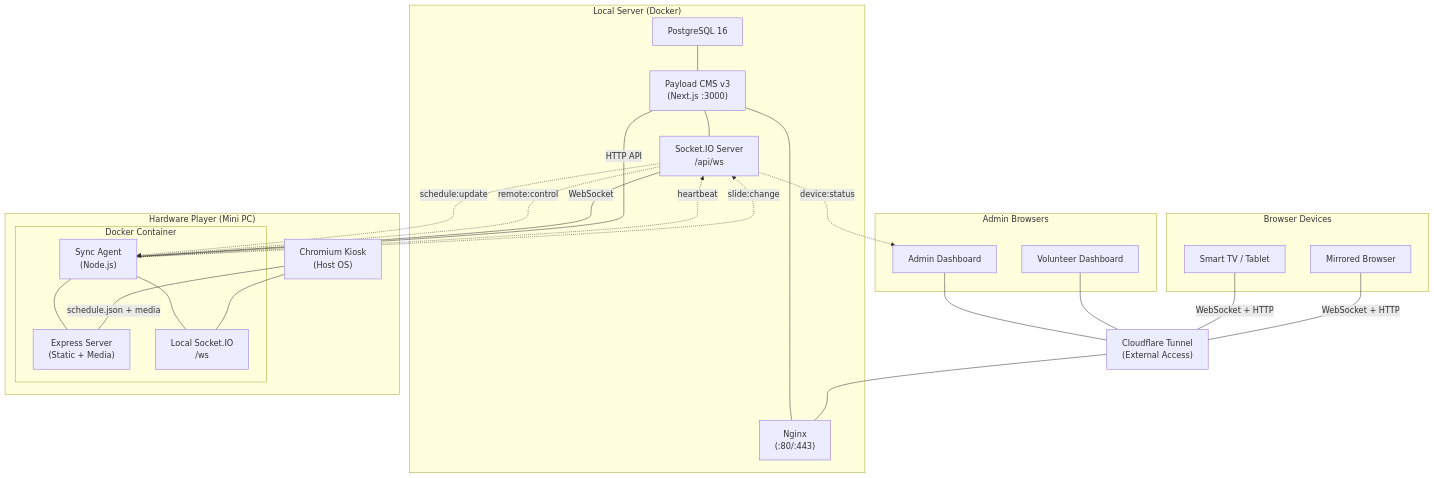
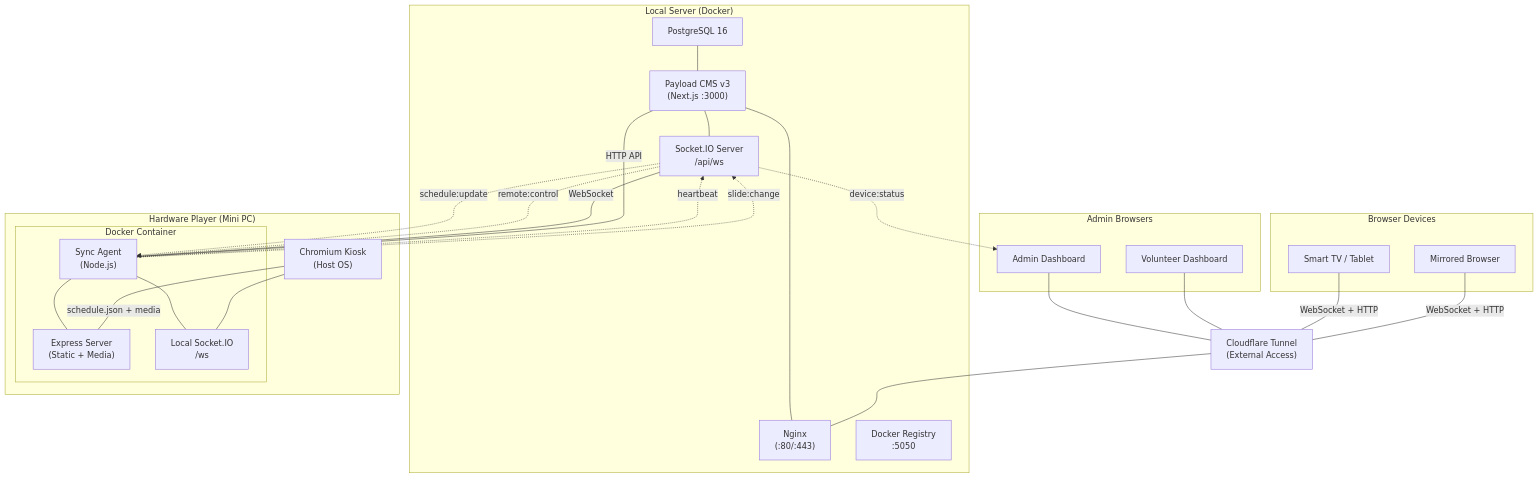
One commit to wrodie/peydx changed the first of 9 diagrams in ARCHITECTURE.md. Above: the diagram before and after it, drawn with Mermaid. The commit also changed other lines of this file and 18 other files, not shown here.

````diff
--- a/ARCHITECTURE.md
+++ b/ARCHITECTURE.md
@@ -7,50 +7,51 @@
 ```mermaid
 graph TB
-    subgraph LocalServer["Local Server (Docker)"]
+        subgraph LocalServer["Local Server (Docker)"]
         PG["PostgreSQL 16"]
         CMS["Payload CMS v3<br/>(Next.js :3000)"]
         NX["Nginx<br/>(:80/:443)"]
         WS["Socket.IO Server<br/>/api/ws"]
+        REG["Docker Registry<br/>:5050"]
         PG --- CMS
         CMS --- NX
         CMS --- WS
     end
 
     CF["Cloudflare Tunnel<br/>(External Access)"]
     CF --- NX
 
     subgraph AdminBrowsers["Admin Browsers"]
         AB1["Admin Dashboard"]
         AB2["Volunteer Dashboard"]
     end
     AB1 --- CF
     AB2 --- CF
 
     subgraph HardwarePlayer["Hardware Player (Mini PC)"]
         subgraph Docker["Docker Container"]
             SA["Sync Agent<br/>(Node.js)"]
             PX["Express Server<br/>(Static + Media)"]
             LWS["Local Socket.IO<br/>/ws"]
             SA --- PX
             SA --- LWS
         end
         PLAYER["Chromium Kiosk<br/>(Host OS)"]
         SA ---|WebSocket| WS
         SA ---|HTTP API| CMS
         PLAYER --- LWS
         PLAYER ---|schedule.json + media| PX
     end
 
     subgraph BrowserDevices["Browser Devices"]
         BD1["Smart TV / Tablet"]
         BD2["Mirrored Browser"]
     end
     BD1 ---|WebSocket + HTTP| CF
     BD2 ---|WebSocket + HTTP| CF
 
     WS -.->|schedule:update| SA
     WS -.->|remote:control| SA
     WS -.->|device:status| AB1
     SA -.->|heartbeat| WS
     SA -.->|slide:change| WS
 ```
````
